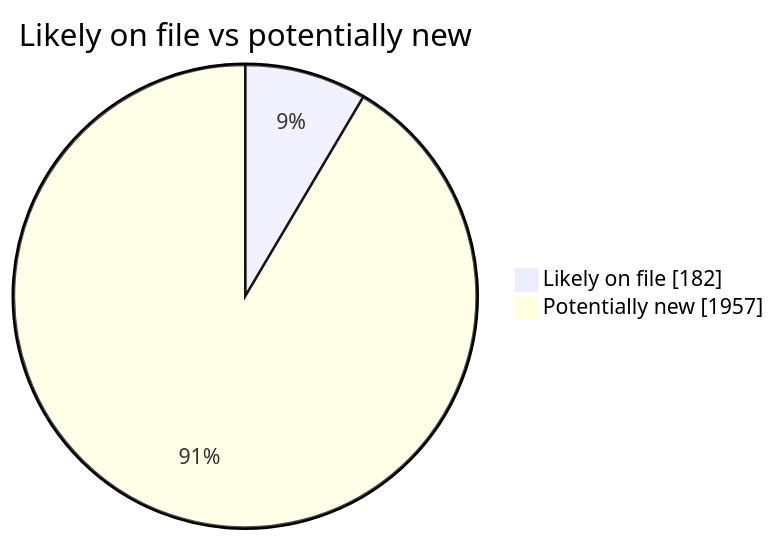
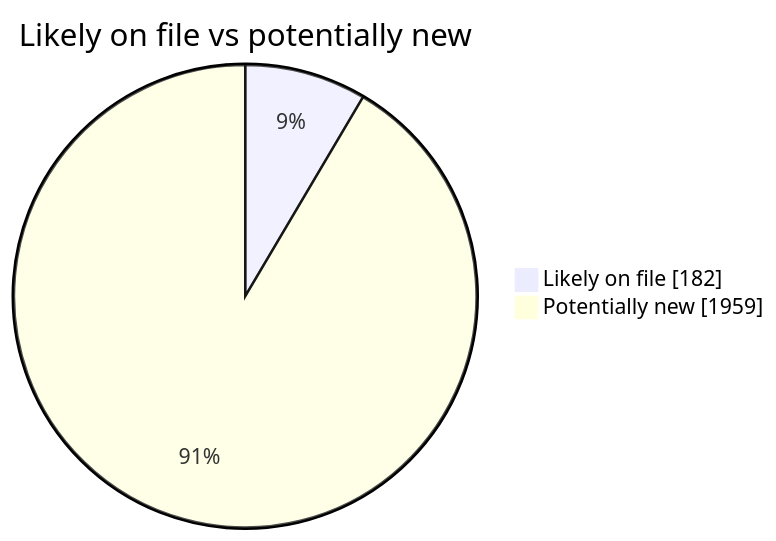
The second of 4 diagrams in README.md (martinbalfanz/social-scanner-reports), drawn with Mermaid before and after one commit. The commit also changed other lines of this file and 4 other files, not shown here.

````diff
--- a/README.md
+++ b/README.md
@@ -40,5 +40,5 @@
 ```mermaid
 pie showData title Likely on file vs potentially new
     "Likely on file" : 182
-    "Potentially new" : 1957
+    "Potentially new" : 1959
 ```
````
